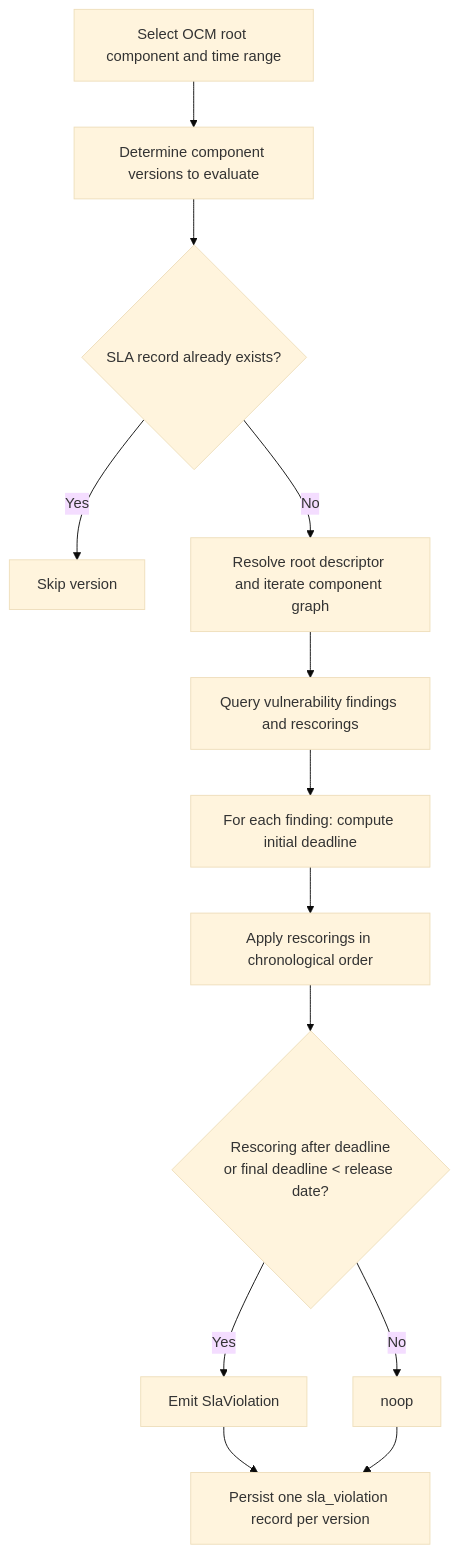
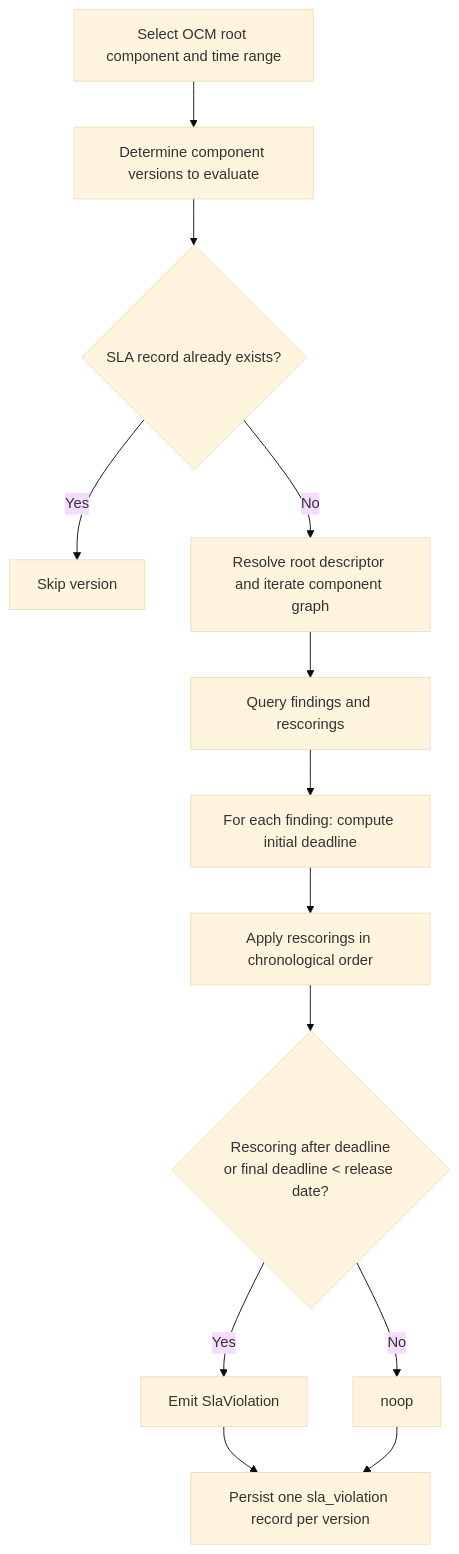
One commit to open-component-model/open-delivery-gear changed the diagram in docs/website/contents/concepts/06-sla-violation-profiler.md. Above: the diagram before and after it, drawn with Mermaid (base theme). The commit also changed other lines of this file, not shown here.

````diff
--- a/docs/website/contents/concepts/06-sla-violation-profiler.md
+++ b/docs/website/contents/concepts/06-sla-violation-profiler.md
@@ -118,15 +118,15 @@
 ```{mermaid}
 flowchart TD
     A[Select OCM root component and time range] --> B[Determine component versions to evaluate]
     B --> C{SLA record already exists?}
     C -- Yes --> S[Skip version]
     C -- No --> D[Resolve root descriptor and iterate component graph]
-    D --> E[Query vulnerability findings and rescorings]
+    D --> E[Query findings and rescorings]
     E --> F[For each finding: compute initial deadline]
     F --> G[Apply rescorings in chronological order]
     G --> H{Rescoring after deadline<br/>or final deadline < release date?}
     H -- Yes --> V[Emit SlaViolation]
     H -- No --> N[noop]
     V --> P[Persist one sla_violation record per version]
     N --> P
 ```
````
